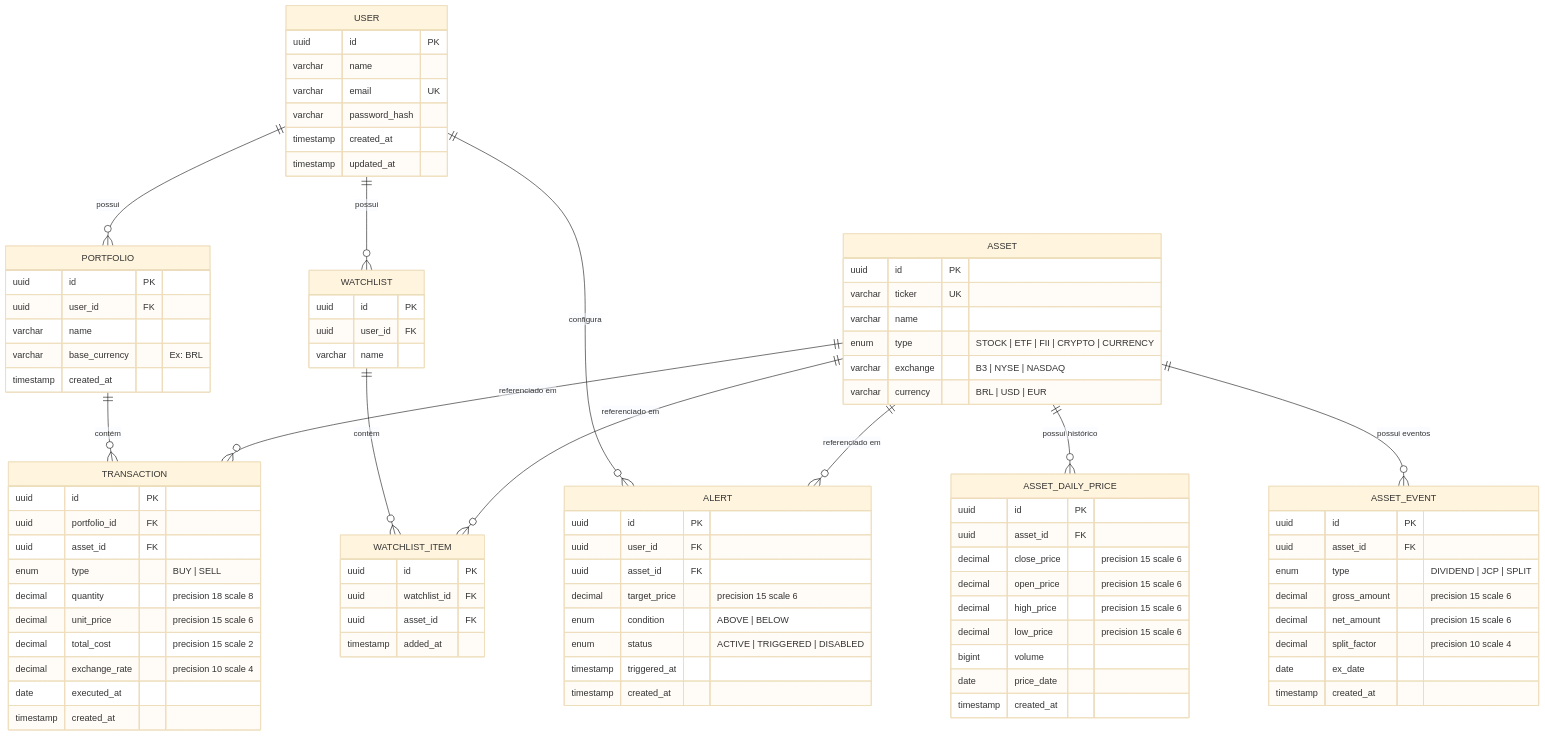
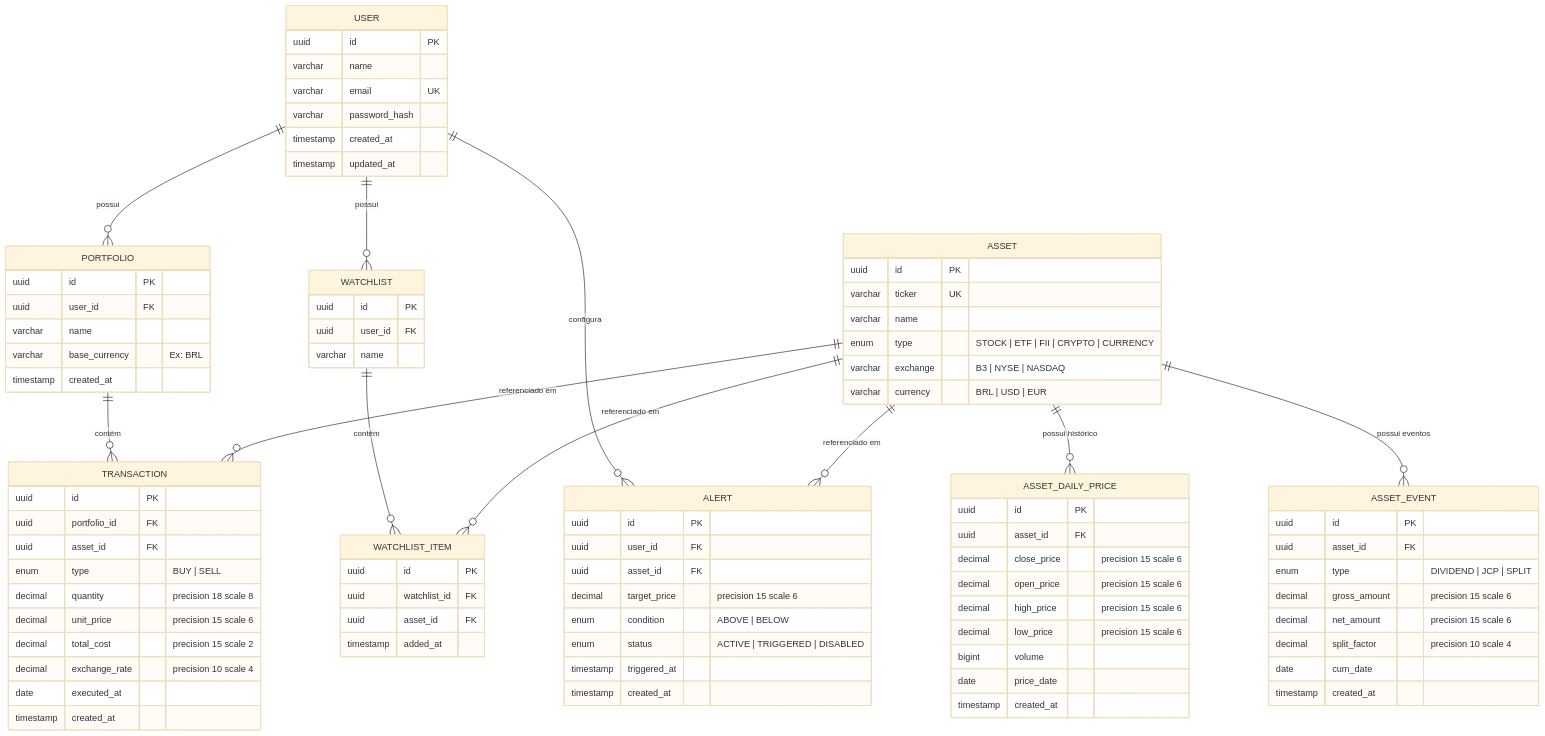
One commit to enakamura3/stock-pulse changed the sixth of 7 diagrams in docs/sdd_monitoramento_acoes.md. Above: the diagram before and after it, drawn with Mermaid (base theme). The commit also changed 20 other files, not shown here.

Commit message:
feat: rename ex_date to cum_date to represent Data Com correctly

```diff
--- a/docs/sdd_monitoramento_acoes.md
+++ b/docs/sdd_monitoramento_acoes.md
@@ -446,7 +446,7 @@
         decimal gross_amount "precision 15 scale 6"
         decimal net_amount "precision 15 scale 6"
         decimal split_factor "precision 10 scale 4"
-        date ex_date
+        date cum_date
         timestamp created_at
     }
 
```
